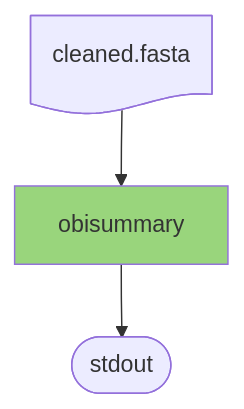
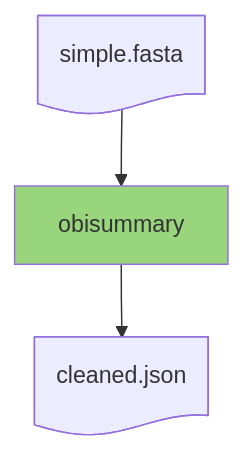
Before and after one commit to metabarcoding/obitools4-doc: the diagram in content/docs/commands/basics/obisummary/_index.md, drawn with Mermaid. The commit also changed other lines of this file and 12 other files, not shown here.

```diff
--- a/content/docs/commands/basics/obisummary/_index.md
+++ b/content/docs/commands/basics/obisummary/_index.md
@@ -38,9 +32,9 @@
 {{< mermaid class="workflow" >}}
 graph TD
-  A@{ shape: doc, label: "cleaned.fasta" }
+  A@{ shape: doc, label: "simple.fasta" }
   C[obisummary]
-  D([stdout])
+  D@{ shape: doc, label: "cleaned.json" }
   A --> C:::obitools
   C --> D
   classDef obitools fill:#99d57c
 {{< /mermaid >}}
```
